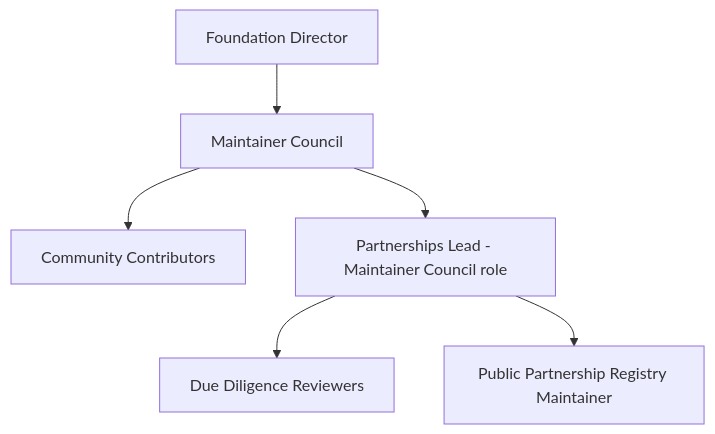
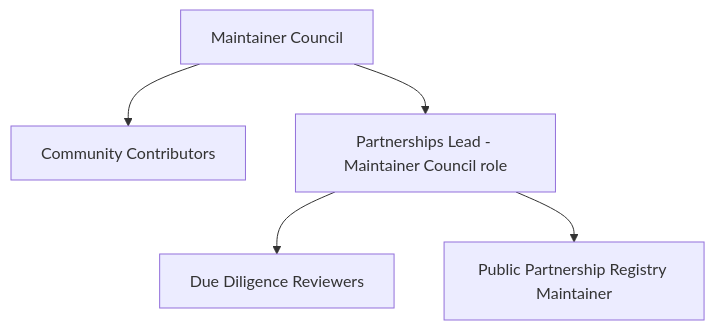
The fourth of 6 diagrams in PARTNERSHIPS.md (Celo-HaiTi/celoht-research), drawn with Mermaid before and after one commit. The commit also changed other lines of this file and 73 other files, not shown here.

````diff
--- a/PARTNERSHIPS.md
+++ b/PARTNERSHIPS.md
@@ -370,8 +370,7 @@
 ```mermaid
 flowchart TD
-    FD[Foundation Director] --> MC[Maintainer Council]
-    MC --> CC[Community Contributors]
+    MC[Maintainer Council] --> CC[Community Contributors]
     MC --> PL[Partnerships Lead - Maintainer Council role]
     PL --> DD[Due Diligence Reviewers]
     PL --> REG[Public Partnership Registry Maintainer]
 ```
````
